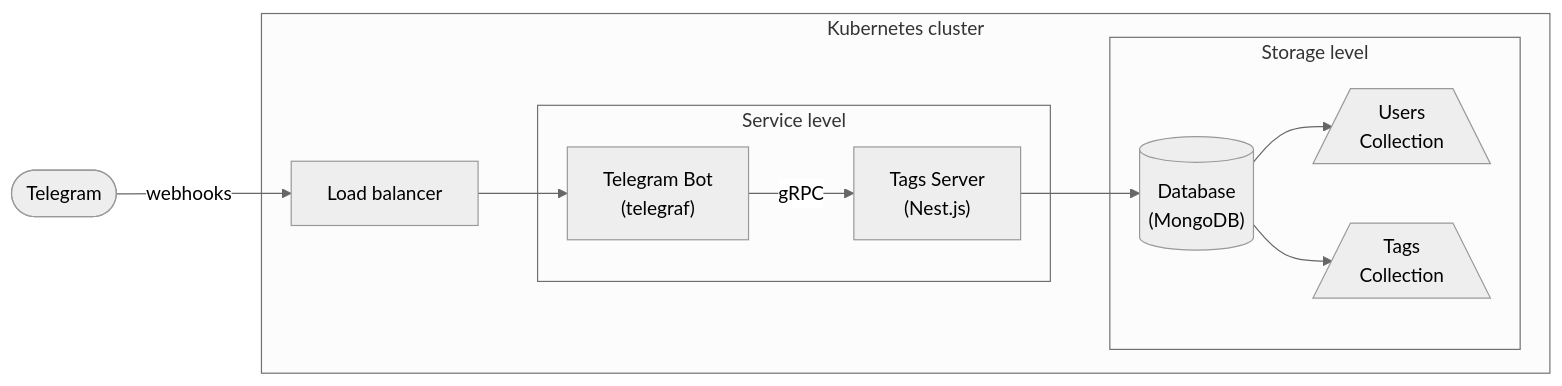
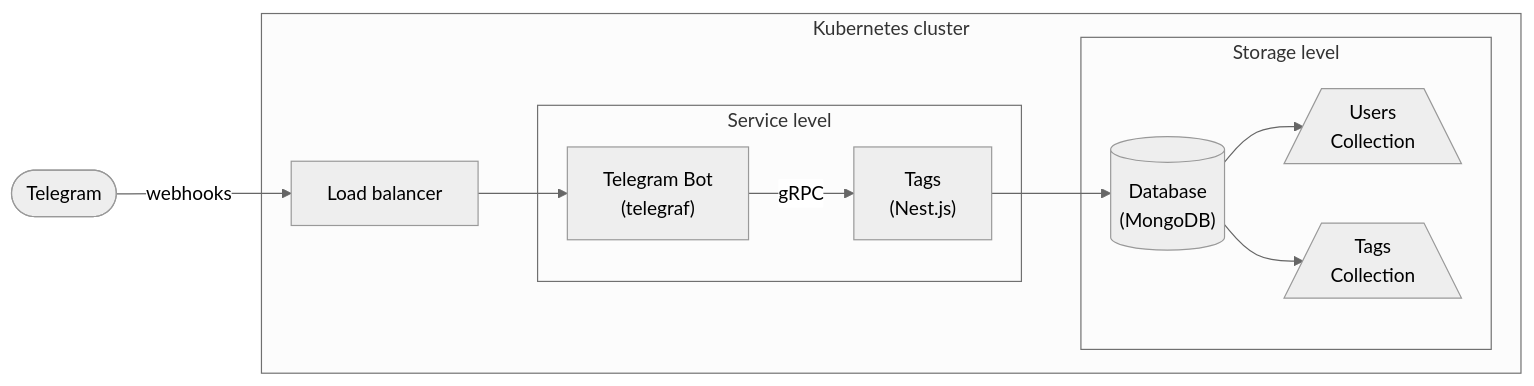
The first of 2 diagrams in docs/diagrams.md (vitaly-rudenko/tag-media-bot), drawn with Mermaid (neutral theme) before and after one commit. The commit also changed 30 other files, not shown here.

Commit message:
Rename server -> tags

````diff
--- a/docs/diagrams.md
+++ b/docs/diagrams.md
@@ -5,27 +5,27 @@
 ```mermaid
 graph LR
 
 telegram(["Telegram"])
 
 subgraph Kubernetes cluster
   lb["Load balancer"]
   
   subgraph Service level
     bot["Telegram Bot\n(telegraf)"]
-    server["Tags Server\n(Nest.js)"]
+    tags["Tags\n(Nest.js)"]
   end
   
   subgraph Storage level
     db[("Database\n(MongoDB)")]
     db_users[/Users\nCollection\]
     db_tags[/Tags\nCollection\]
   end
 end
 
 db-->db_users & db_tags
 
 telegram-->|webhooks|lb
 lb-->bot
-bot-->|gRPC|server
-server-->db
+bot-->|gRPC|tags
+tags-->db
 ```
````
